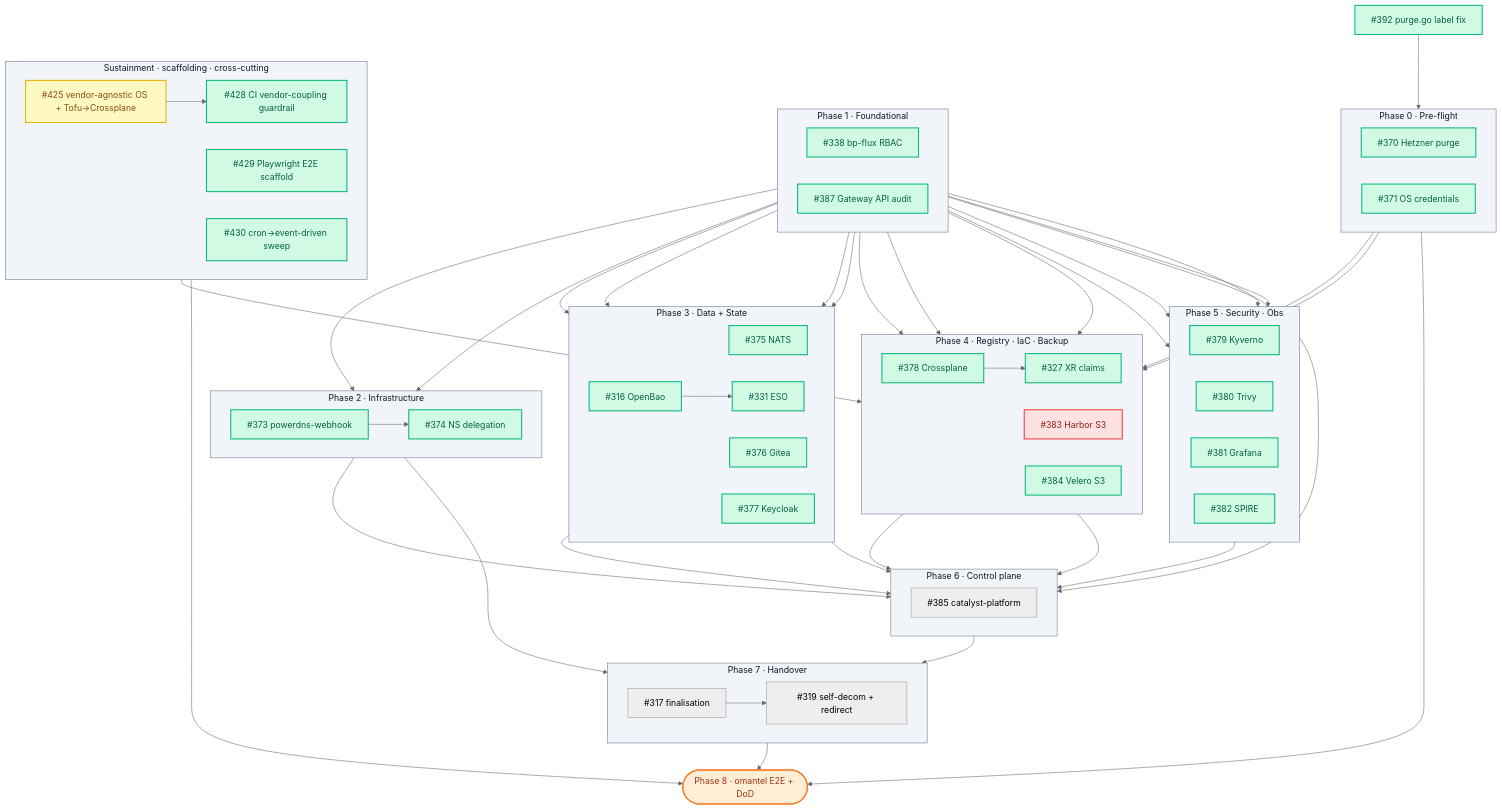
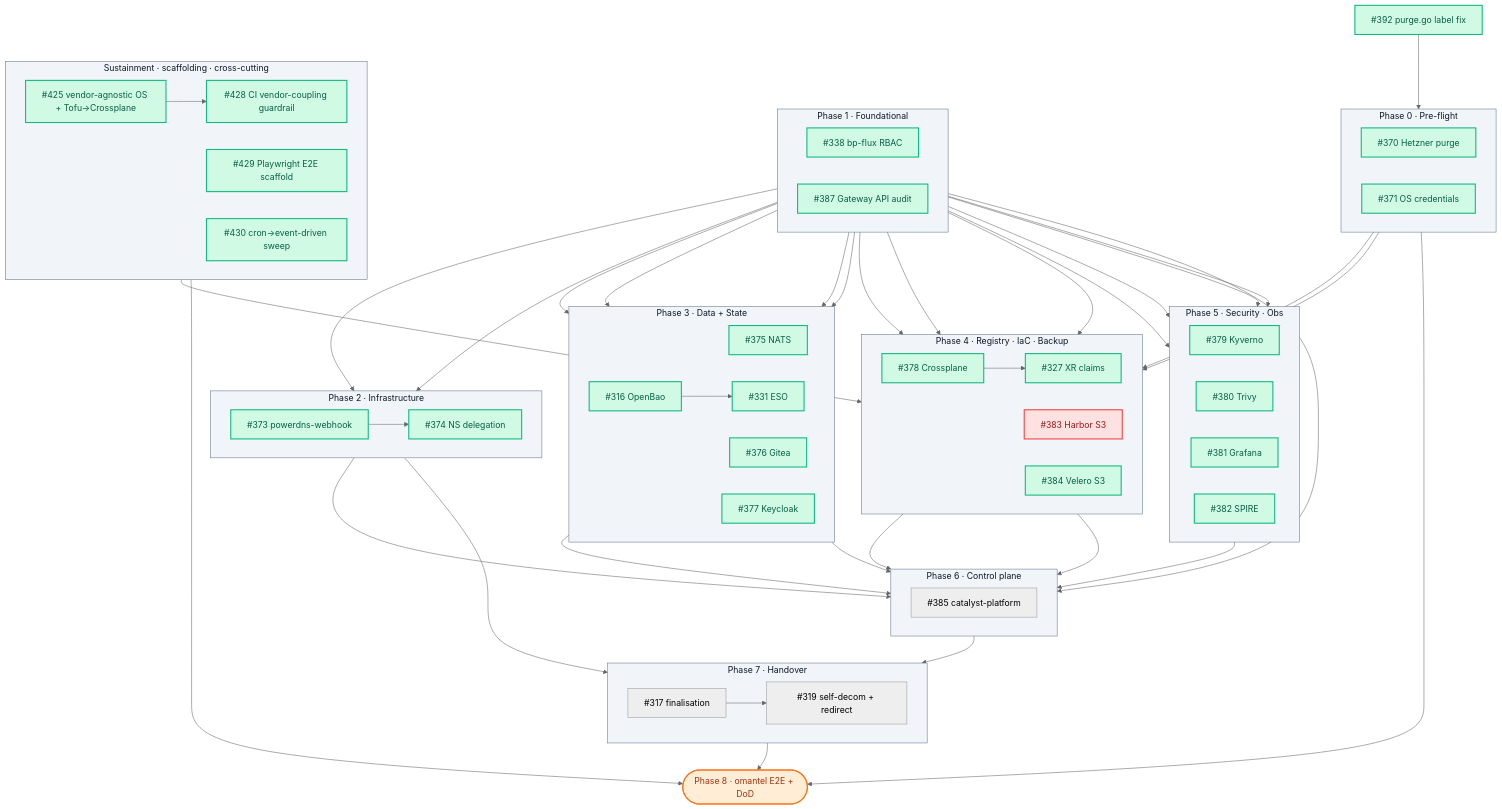
Before and after one commit to openova-io/openova: the diagram in docs/omantel-handover-wbs.md, drawn with Mermaid (neutral theme). The commit also changed other lines of this file and 23 other files, not shown here.

```diff
--- a/docs/omantel-handover-wbs.md
+++ b/docs/omantel-handover-wbs.md
@@ -204,8 +204,7 @@
     T392 --> T370
 
     class PH0,PH1,PH2,PH3,PH4,PH5,PH6,PH7,SCAF phase
-    class T316,T327,T331,T338,T370,T371,T373,T374,T375,T376,T377,T378,T379,T380,T381,T382,T384,T387,T392,T428,T429,T430 done
-    class T425 wip
+    class T316,T327,T331,T338,T370,T371,T373,T374,T375,T376,T377,T378,T379,T380,T381,T382,T384,T387,T392,T425,T428,T429,T430 done
     class T383 blocked
 
     %% Clickable ticket numbers — open the GitHub issue in a new tab
```
